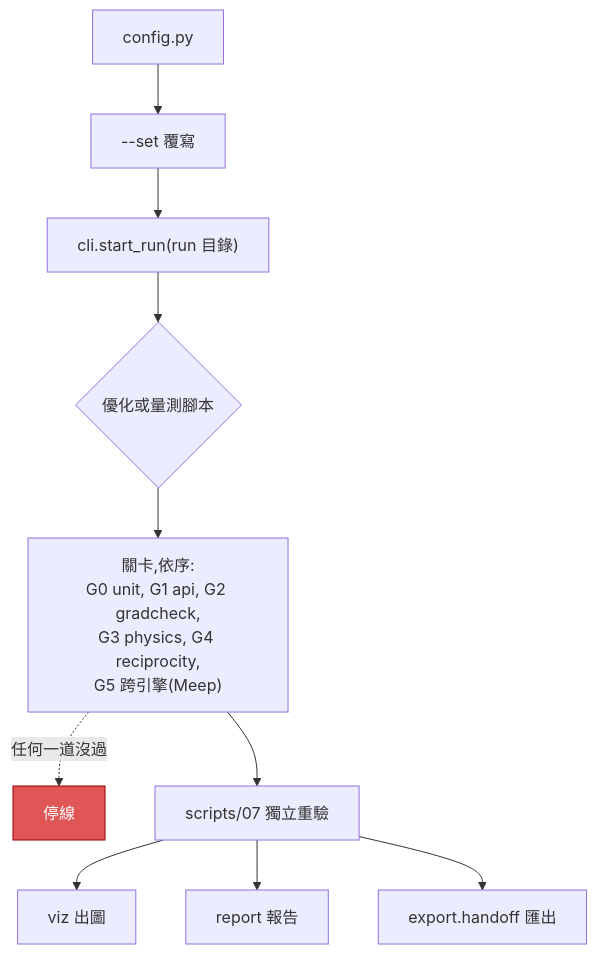
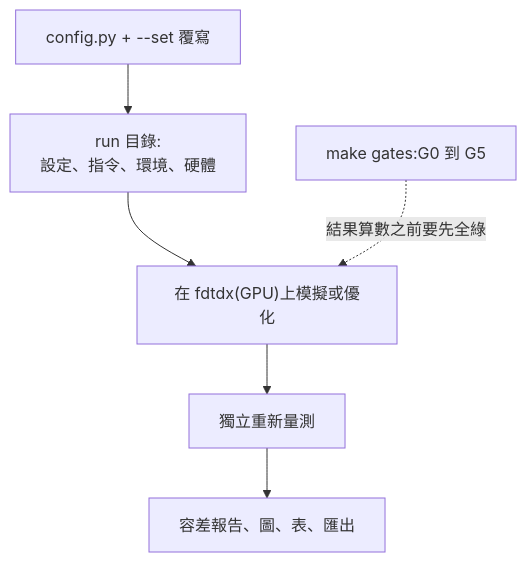
Before and after one commit to chenfish666/invdx: the diagram in README.zh-TW.md, drawn with Mermaid. The commit also changed other lines of this file and 11 other files, not shown here.

````diff
--- a/README.zh-TW.md
+++ b/README.zh-TW.md
@@ -381,16 +191,8 @@
 ```mermaid
 flowchart TD
-    Config["config.py"] --> Overrides["--set 覆寫"]
-    Overrides --> RunDir["cli.start_run(run 目錄)"]
-    RunDir --> Script{"優化或量測腳本"}
-    Script --> Gates["關卡,依序:<br/>G0 unit, G1 api, G2 gradcheck,<br/>G3 physics, G4 reciprocity,<br/>G5 跨引擎(Meep)"]
-
-    Gates -.->|"任何一道沒過"| Stop["停線"]
-
-    Gates --> Verify["scripts/07 獨立重驗"]
-    Verify --> Viz["viz 出圖"]
-    Verify --> Report["report 報告"]
-    Verify --> Export["export.handoff 匯出"]
-
-    style Stop fill:#e05555,stroke:#900,color:#fff
+    Config["config.py + --set 覆寫"] --> RunDir["run 目錄:<br/>設定、指令、環境、硬體"]
+    RunDir --> Sim["在 fdtdx(GPU)上模擬或優化"]
+    Sim --> Check["獨立重新量測"]
+    Check --> Out["容差報告、圖、表、匯出"]
+    Gates["make gates:G0 到 G5"] -.->|"結果算數之前要先全綠"| Sim
 ```
````
